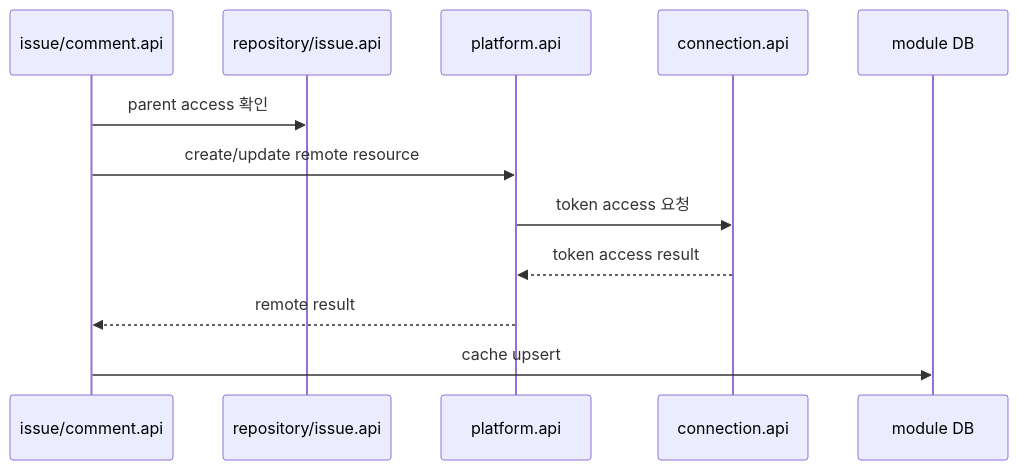
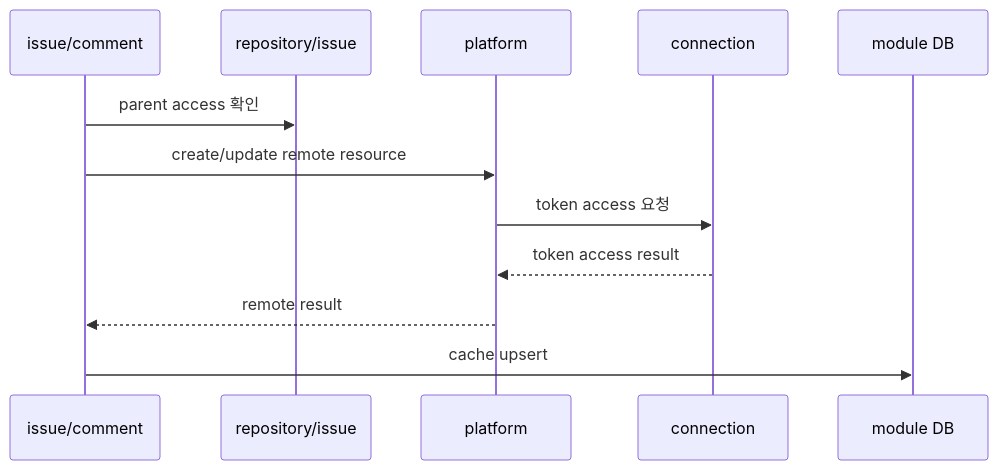
The third of 3 diagrams in docs/14-platform-structure-improvement-plan.md (Jungwoook/github-issue-manager), drawn with Mermaid before and after one commit. The commit also changed other lines of this file and 1 other file, not shown here.

Commit message:
대표 흐름 다이어그램 표기 정리

````diff
--- a/docs/14-platform-structure-improvement-plan.md
+++ b/docs/14-platform-structure-improvement-plan.md
@@ -115,15 +116,15 @@
 ```mermaid
 sequenceDiagram
-    participant UseCase as issue/comment.api
-    participant Parent as repository/issue.api
-    participant Plat as platform.api
-    participant Conn as connection.api
+    participant UseCase as issue/comment
+    participant Parent as repository/issue
+    participant Plat as platform
+    participant Conn as connection
     participant DB as module DB
 
     UseCase->>Parent: parent access 확인
     UseCase->>Plat: create/update remote resource
     Plat->>Conn: token access 요청
     Conn-->>Plat: token access result
     Plat-->>UseCase: remote result
     UseCase->>DB: cache upsert
 ```
````
